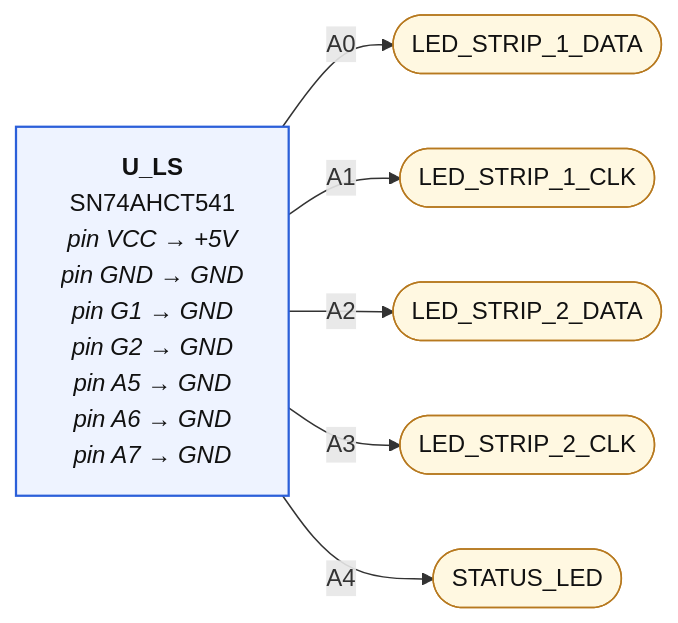
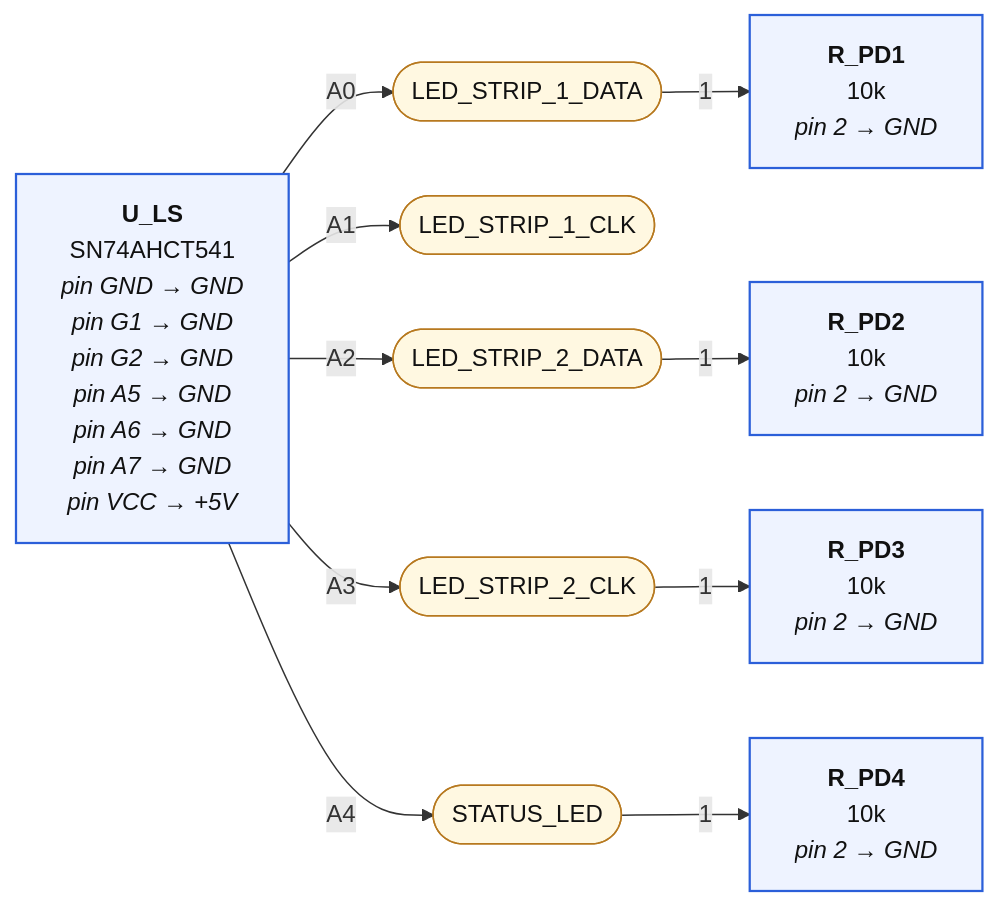
One commit to mrwillson2u/propmesh changed the first of 5 diagrams in hardware/pro/sheets/05-led.diagram.md. Above: the diagram before and after it, drawn with Mermaid. The commit also changed other lines of this file and 59 other files, not shown here.

````diff
--- a/hardware/pro/sheets/05-led.diagram.md
+++ b/hardware/pro/sheets/05-led.diagram.md
@@ -7,21 +7,29 @@
 ```mermaid
 graph LR
   classDef part fill:#eef3ff,stroke:#2b5fd9,stroke-width:1.5px,color:#111
   classDef net fill:#fff8e1,stroke:#b7791f,color:#111
   classDef rail fill:#ffe0b2,stroke:#e65100,stroke-width:3px,color:#111,font-weight:bold
   classDef badnet fill:#ffe0e0,stroke:#c00,stroke-width:3px,color:#111,font-weight:bold
   classDef absent fill:#fff,stroke:#c00,stroke-width:2px,stroke-dasharray:6 4,color:#c00
   classDef extra fill:#ffecec,stroke:#c00,stroke-width:2px,color:#111
   classDef dnp fill:#f5f5f5,stroke:#999,stroke-dasharray:3 3,color:#666
   N_LED_STRIP_1_DATA(["LED_STRIP_1_DATA"]):::net
-  P_U_LS["<b>U_LS</b><br/>SN74AHCT541<br/><i>pin VCC → +5V</i><br/><i>pin GND → GND</i><br/><i>pin G1 → GND</i><br/><i>pin G2 → GND</i><br/><i>pin A5 → GND</i><br/><i>pin A6 → GND</i><br/><i>pin A7 → GND</i>"]:::part
+  P_U_LS["<b>U_LS</b><br/>SN74AHCT541<br/><i>pin GND → GND</i><br/><i>pin G1 → GND</i><br/><i>pin G2 → GND</i><br/><i>pin A5 → GND</i><br/><i>pin A6 → GND</i><br/><i>pin A7 → GND</i><br/><i>pin VCC → +5V</i>"]:::part
   P_U_LS --"A0"--> N_LED_STRIP_1_DATA
+  P_R_PD1["<b>R_PD1</b><br/>10k<br/><i>pin 2 → GND</i>"]:::part
+  N_LED_STRIP_1_DATA --"1"--> P_R_PD1
   N_LED_STRIP_1_CLK(["LED_STRIP_1_CLK"]):::net
   P_U_LS --"A1"--> N_LED_STRIP_1_CLK
   N_LED_STRIP_2_DATA(["LED_STRIP_2_DATA"]):::net
   P_U_LS --"A2"--> N_LED_STRIP_2_DATA
+  P_R_PD2["<b>R_PD2</b><br/>10k<br/><i>pin 2 → GND</i>"]:::part
+  N_LED_STRIP_2_DATA --"1"--> P_R_PD2
   N_LED_STRIP_2_CLK(["LED_STRIP_2_CLK"]):::net
   P_U_LS --"A3"--> N_LED_STRIP_2_CLK
+  P_R_PD3["<b>R_PD3</b><br/>10k<br/><i>pin 2 → GND</i>"]:::part
+  N_LED_STRIP_2_CLK --"1"--> P_R_PD3
   N_STATUS_LED(["STATUS_LED"]):::net
   P_U_LS --"A4"--> N_STATUS_LED
+  P_R_PD4["<b>R_PD4</b><br/>10k<br/><i>pin 2 → GND</i>"]:::part
+  N_STATUS_LED --"1"--> P_R_PD4
 ```
````
